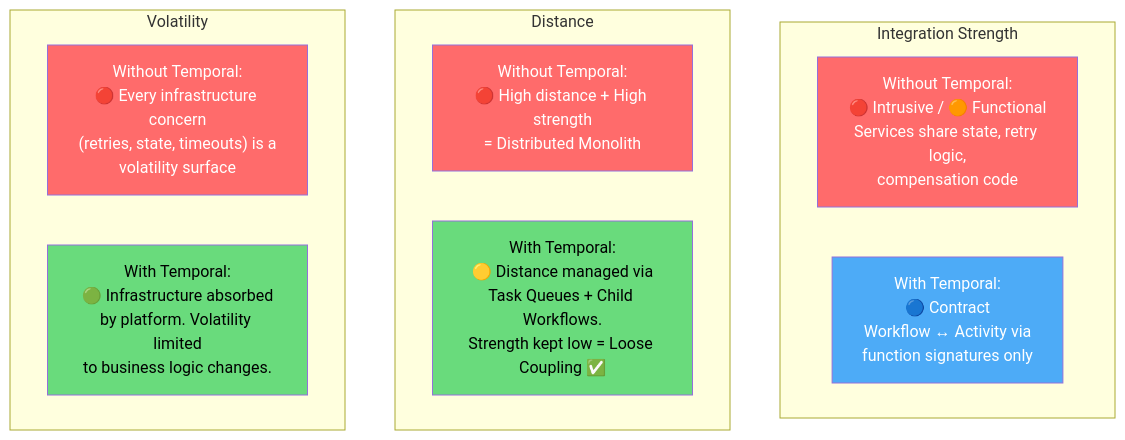
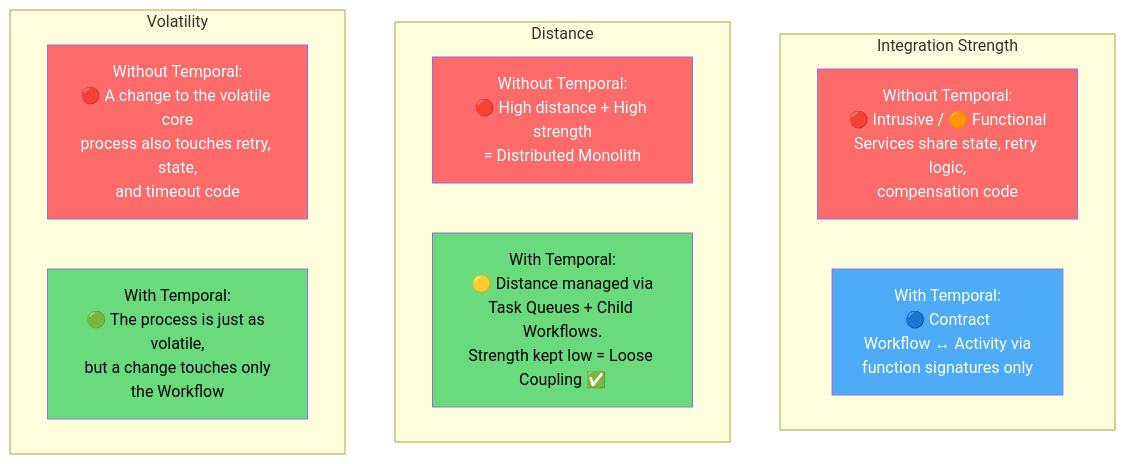
One commit to anaerobic/coupling changed diagram 12 of 12 in durable-execution-orchestration.md. Above: the diagram before and after it, drawn with Mermaid. The commit also changed other lines of this file and 8 other files, not shown here.

````diff
--- a/durable-execution-orchestration.md
+++ b/durable-execution-orchestration.md
@@ -816,24 +897,24 @@
 ```mermaid
 flowchart TB
     subgraph strength ["Integration Strength"]
         S1["Without Temporal:<br/>🔴 Intrusive / 🟠 Functional<br/>Services share state, retry logic,<br/>compensation code"]
         S2["With Temporal:<br/>🔵 Contract<br/>Workflow ↔ Activity via<br/>function signatures only"]
     end
 
     subgraph distance ["Distance"]
         D1["Without Temporal:<br/>🔴 High distance + High strength<br/>= Distributed Monolith"]
         D2["With Temporal:<br/>🟡 Distance managed via<br/>Task Queues + Child Workflows.<br/>Strength kept low = Loose Coupling ✅"]
     end
 
     subgraph volatility ["Volatility"]
-        V1["Without Temporal:<br/>🔴 Every infrastructure concern<br/>(retries, state, timeouts) is a<br/>volatility surface"]
-        V2["With Temporal:<br/>🟢 Infrastructure absorbed<br/>by platform. Volatility limited<br/>to business logic changes."]
+        V1["Without Temporal:<br/>🔴 A change to the volatile core<br/>process also touches retry, state,<br/>and timeout code"]
+        V2["With Temporal:<br/>🟢 The process is just as volatile,<br/>but a change touches only<br/>the Workflow"]
     end
 
     style S1 fill:#ff6b6b,color:#fff
     style S2 fill:#4dabf7,color:#fff
     style D1 fill:#ff6b6b,color:#fff
     style D2 fill:#69db7c,color:#000
     style V1 fill:#ff6b6b,color:#fff
     style V2 fill:#69db7c,color:#000
 ```
````
